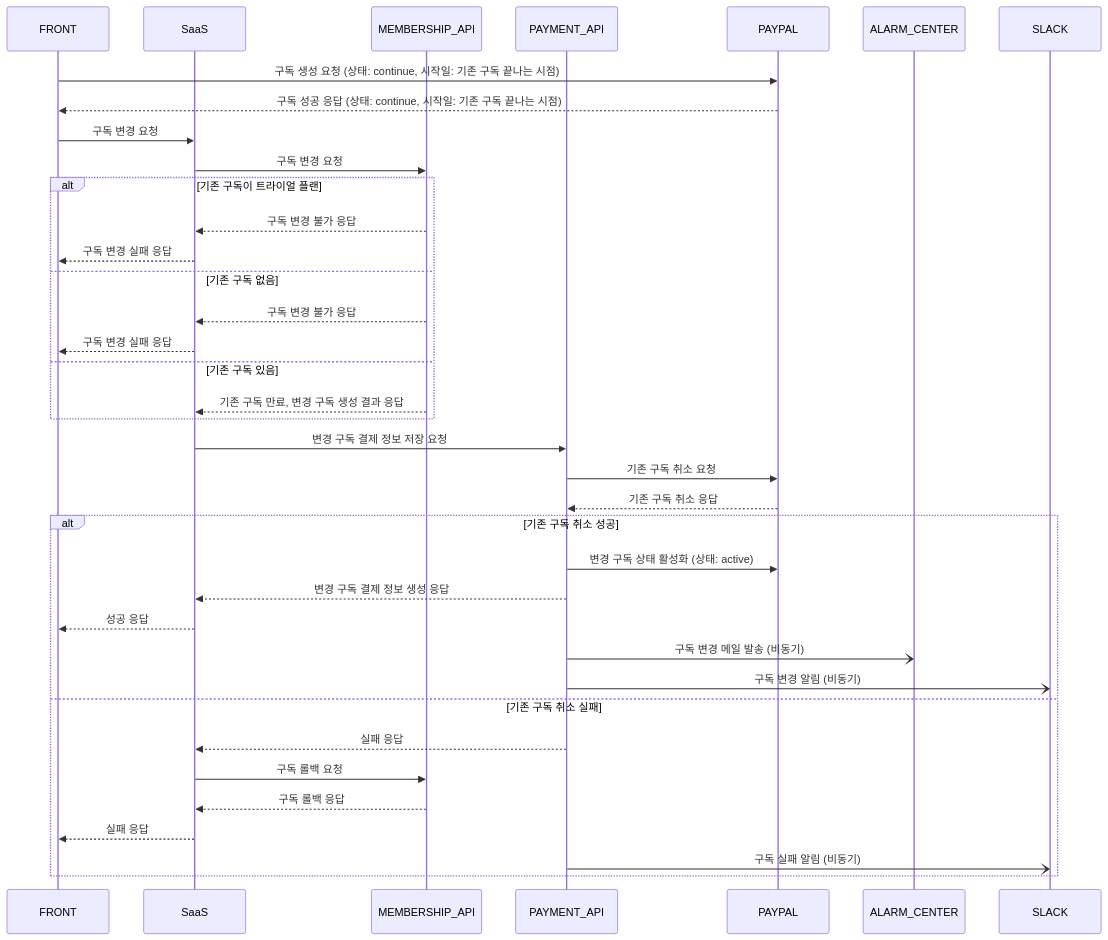
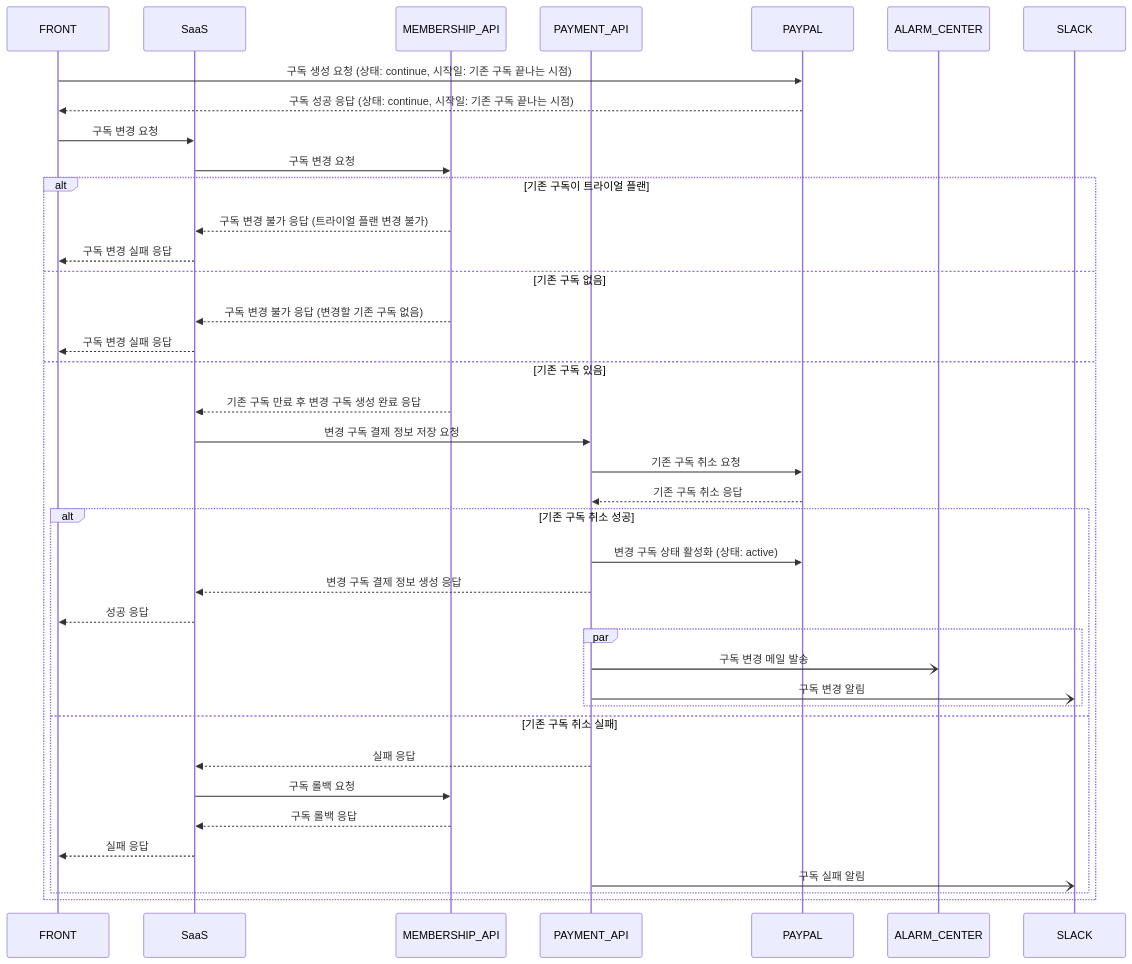
Before and after one commit to ysiksik/ysiksik.github.io: the fourth of 12 diagrams in _posts/project/logistics/2025-02-28-SubscriptionPayments-PAYPAL.md, drawn with Mermaid. The commit also changed other lines of this file and 2 other files, not shown here.

```diff
--- a/_posts/project/logistics/2025-02-28-SubscriptionPayments-PAYPAL.md
+++ b/_posts/project/logistics/2025-02-28-SubscriptionPayments-PAYPAL.md
@@ -228,42 +236,49 @@
 ~~~mermaid
 
 sequenceDiagram
   participant FRONT
   participant SaaS
   participant MEMBERSHIP_API
   participant PAYMENT_API
   participant PAYPAL
   participant ALARM_CENTER
   participant SLACK
+
   FRONT->>PAYPAL: 구독 생성 요청 (상태: continue, 시작일: 기존 구독 끝나는 시점)
   PAYPAL-->>FRONT: 구독 성공 응답 (상태: continue, 시작일: 기존 구독 끝나는 시점)
   FRONT->>SaaS: 구독 변경 요청
   SaaS->>MEMBERSHIP_API: 구독 변경 요청
+
   alt 기존 구독이 트라이얼 플랜
-    MEMBERSHIP_API-->>SaaS: 구독 변경 불가 응답
+    MEMBERSHIP_API-->>SaaS: 구독 변경 불가 응답 (트라이얼 플랜 변경 불가)
     SaaS-->>FRONT: 구독 변경 실패 응답
   else 기존 구독 없음
-    MEMBERSHIP_API-->>SaaS: 구독 변경 불가 응답
+    MEMBERSHIP_API-->>SaaS: 구독 변경 불가 응답 (변경할 기존 구독 없음)
     SaaS-->>FRONT: 구독 변경 실패 응답
   else 기존 구독 있음
-    MEMBERSHIP_API-->>SaaS: 기존 구독 만료, 변경 구독 생성 결과 응답
-  end
-  SaaS->>PAYMENT_API: 변경 구독 결제 정보 저장 요청
-  PAYMENT_API->>PAYPAL: 기존 구독 취소 요청
-  PAYPAL-->>PAYMENT_API: 기존 구독 취소 응답
-  alt 기존 구독 취소 성공
-    PAYMENT_API->>PAYPAL: 변경 구독 상태 활성화 (상태: active)
-    PAYMENT_API-->>SaaS: 변경 구독 결제 정보 생성 응답
-    SaaS-->>FRONT: 성공 응답
-    PAYMENT_API-)ALARM_CENTER: 구독 변경 메일 발송 (비동기)
-    PAYMENT_API-)SLACK: 구독 변경 알림 (비동기)
-  else 기존 구독 취소 실패
-    PAYMENT_API-->>SaaS: 실패 응답
-    SaaS->>MEMBERSHIP_API: 구독 롤백 요청
-    MEMBERSHIP_API-->>SaaS: 구독 롤백 응답
-    SaaS-->>FRONT: 실패 응답
-    PAYMENT_API-)SLACK: 구독 실패 알림 (비동기)
+    MEMBERSHIP_API-->>SaaS: 기존 구독 만료 후 변경 구독 생성 완료 응답
+
+    SaaS->>PAYMENT_API: 변경 구독 결제 정보 저장 요청
+    PAYMENT_API->>PAYPAL: 기존 구독 취소 요청
+    PAYPAL-->>PAYMENT_API: 기존 구독 취소 응답
+
+    alt 기존 구독 취소 성공
+      PAYMENT_API->>PAYPAL: 변경 구독 상태 활성화 (상태: active)
+      PAYMENT_API-->>SaaS: 변경 구독 결제 정보 생성 응답
+      SaaS-->>FRONT: 성공 응답
+      par
+        PAYMENT_API-)ALARM_CENTER: 구독 변경 메일 발송
+        PAYMENT_API-)SLACK: 구독 변경 알림
+      end
+    else 기존 구독 취소 실패
+      PAYMENT_API-->>SaaS: 실패 응답
+      SaaS->>MEMBERSHIP_API: 구독 롤백 요청
+      MEMBERSHIP_API-->>SaaS: 구독 롤백 응답
+      SaaS-->>FRONT: 실패 응답
+      PAYMENT_API-)SLACK: 구독 실패 알림
+    end
   end
 
 
+
 ~~~
```
